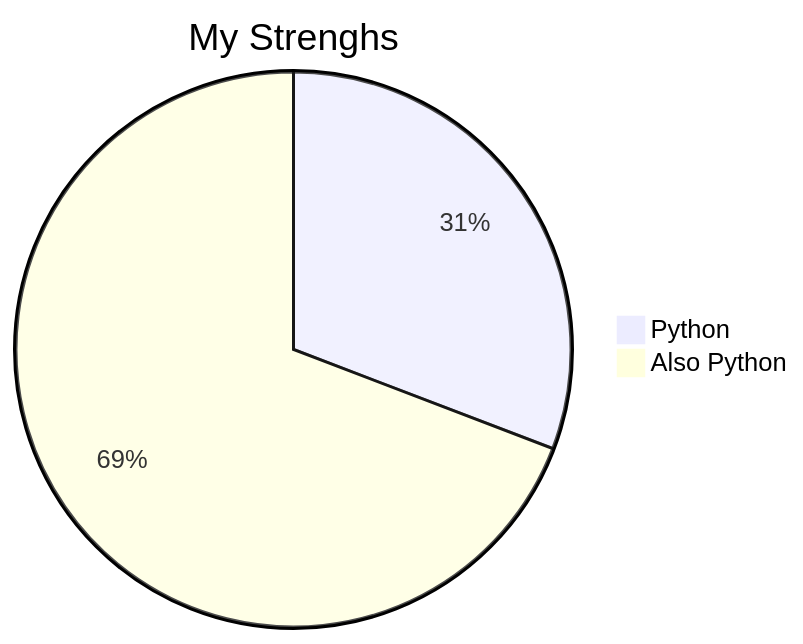
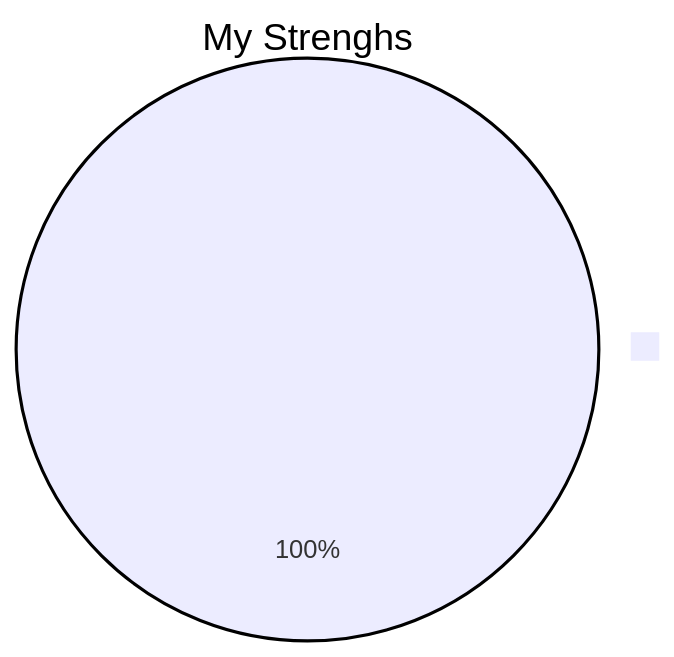
Before and after one commit to EricTelekom/EricTelekom: the first of 2 diagrams in README.md, drawn with Mermaid.

````diff
--- a/README.md
+++ b/README.md
@@ -18,5 +18,4 @@
 ```mermaid
 pie  title  My Strenghs
-"Python" : 187
-"Also Python" : 420
+"":100
 ```
````
